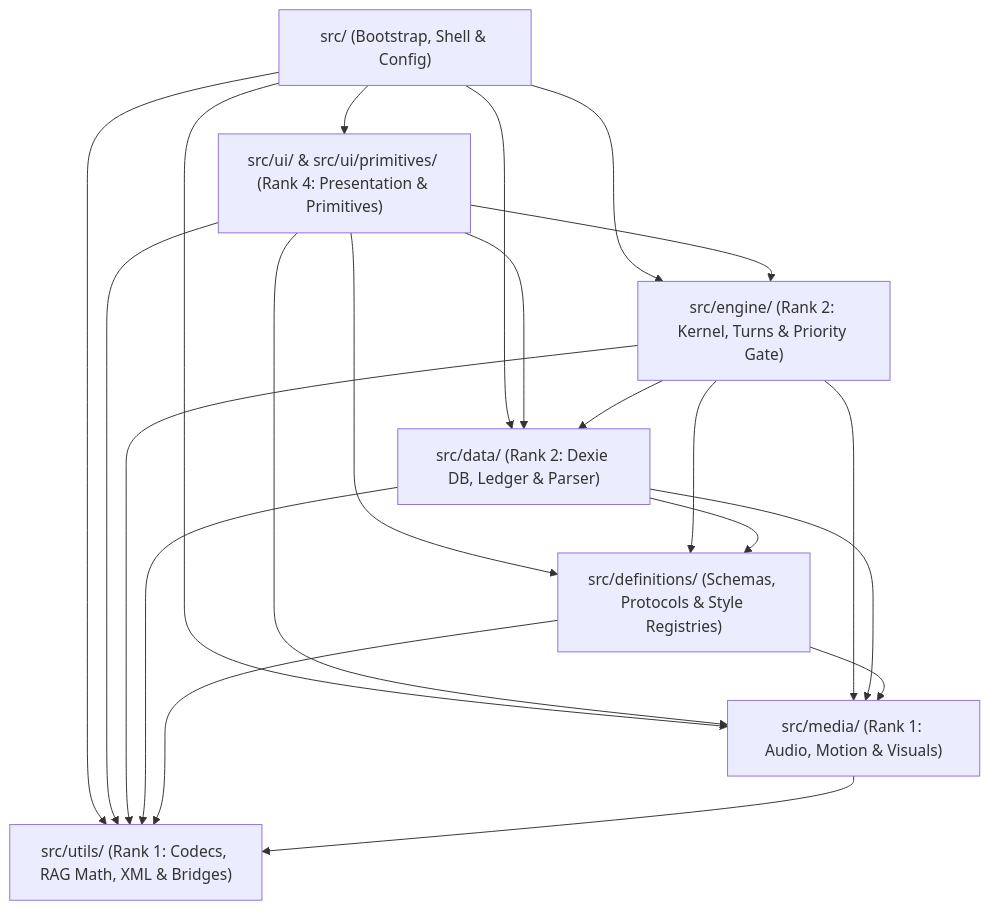
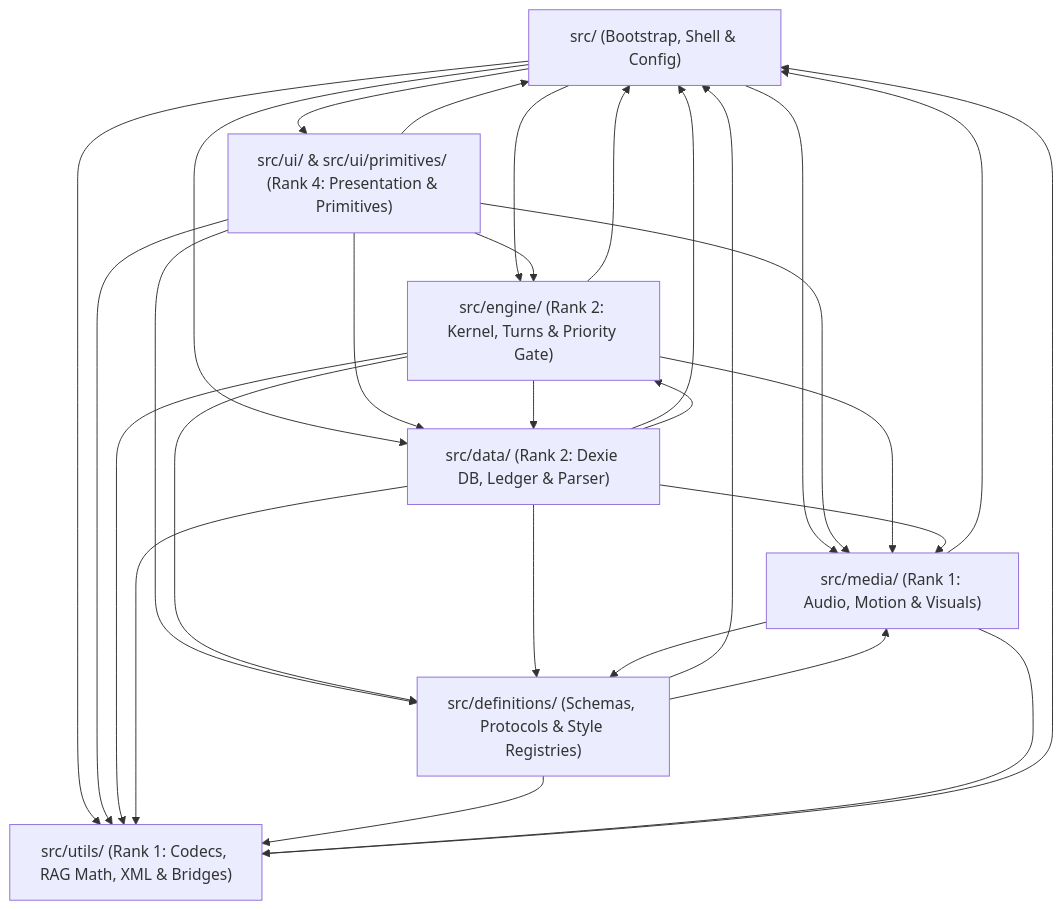
One commit to JooduG/RPGlitch changed the diagram in README.md. Above: the diagram before and after it, drawn with Mermaid. The commit also changed other lines of this file and 11 other files, not shown here.

````diff
--- a/README.md
+++ b/README.md
@@ -17,31 +17,39 @@
 ```mermaid
 flowchart TD
     Root["src/ (Bootstrap, Shell & Config)"]
     UI["src/ui/ & src/ui/primitives/ (Rank 4: Presentation & Primitives)"]
     Engine["src/engine/ (Rank 2: Kernel, Turns & Priority Gate)"]
     Data["src/data/ (Rank 2: Dexie DB, Ledger & Parser)"]
     Media["src/media/ (Rank 1: Audio, Motion & Visuals)"]
     Utils["src/utils/ (Rank 1: Codecs, RAG Math, XML & Bridges)"]
     Defs["src/definitions/ (Schemas, Protocols & Style Registries)"]
 
     Root --> UI
     Root --> Engine
     Root --> Data
     Root --> Media
     Root --> Utils
+    UI --> Root
     UI --> Engine
     UI --> Data
     UI --> Media
     UI --> Utils
     UI --> Defs
+    Engine --> Root
     Engine --> Data
     Engine --> Media
     Engine --> Utils
     Engine --> Defs
+    Data --> Root
+    Data --> Engine
     Data --> Media
     Data --> Utils
     Data --> Defs
+    Defs --> Root
     Defs --> Media
     Defs --> Utils
+    Media --> Root
+    Media --> Defs
     Media --> Utils
+    Utils --> Root
 ```
````
